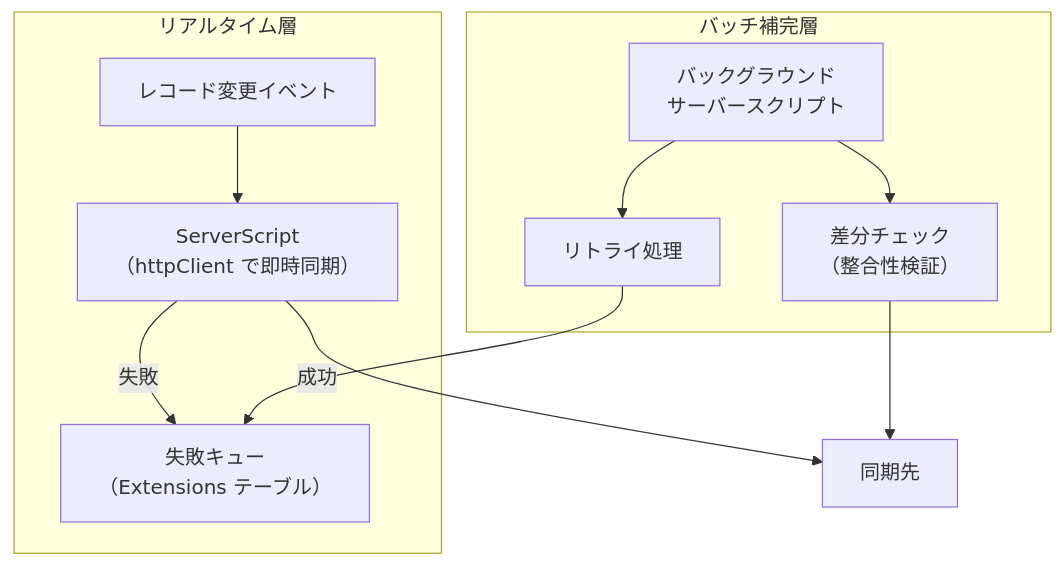
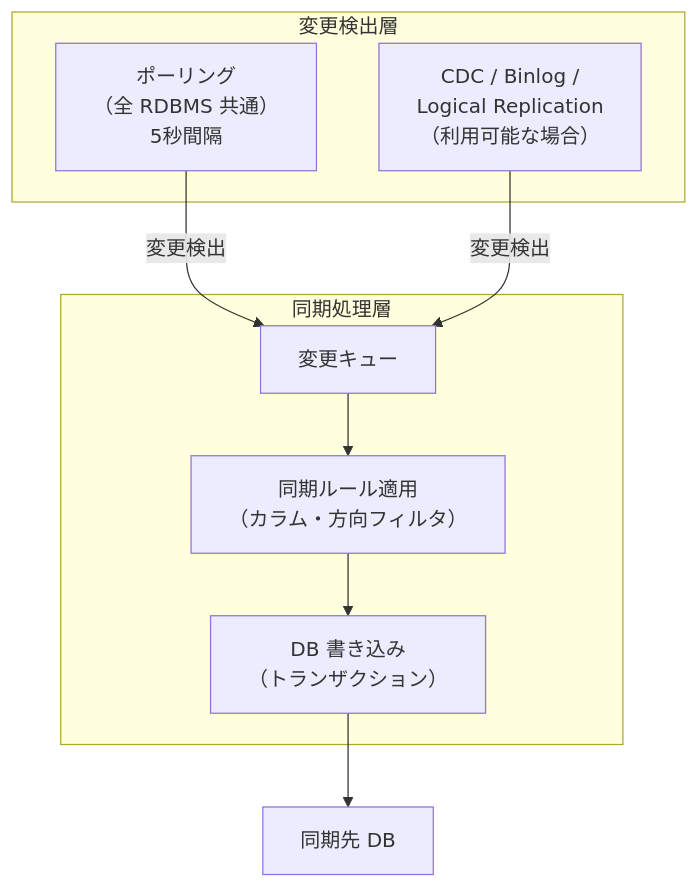
The fifth of 10 diagrams in docs/research/04-外部連携・フィード/008-複数インスタンス間マスターデータ同期設計.md (vehiclevisionjp/VehicleVision.Pleasanter.ResearchDocuments), drawn with Mermaid before and after one commit. The commit also changed other lines of this file, not shown here.

````diff
--- a/docs/research/04-外部連携・フィード/008-複数インスタンス間マスターデータ同期設計.md
+++ b/docs/research/04-外部連携・フィード/008-複数インスタンス間マスターデータ同期設計.md
@@ -368,22 +568,19 @@
 ```mermaid
 graph TB
-    subgraph "リアルタイム層"
-        Event["レコード変更イベント"]
-        SS["ServerScript<br/>（httpClient で即時同期）"]
-        Queue["失敗キュー<br/>（Extensions テーブル）"]
+    subgraph "変更検出層"
+        Polling["ポーリング<br/>（全 RDBMS 共通）<br/>5秒間隔"]
+        CDC["CDC / Binlog /<br/>Logical Replication<br/>（利用可能な場合）"]
     end
 
-    subgraph "バッチ補完層"
-        BGScript["バックグラウンド<br/>サーバースクリプト"]
-        Retry["リトライ処理"]
-        FullSync["差分チェック<br/>（整合性検証）"]
+    subgraph "同期処理層"
+        Queue["変更キュー"]
+        Filter["同期ルール適用<br/>（カラム・方向フィルタ）"]
+        Writer["DB 書き込み<br/>（トランザクション）"]
     end
 
-    Event --> SS
-    SS -->|成功| Target["同期先"]
-    SS -->|失敗| Queue
-    BGScript --> Retry
-    Retry --> Queue
-    BGScript --> FullSync
-    FullSync --> Target
+    Polling -->|変更検出| Queue
+    CDC -->|変更検出| Queue
+    Queue --> Filter
+    Filter --> Writer
+    Writer --> TargetDB["同期先 DB"]
 ```
````
